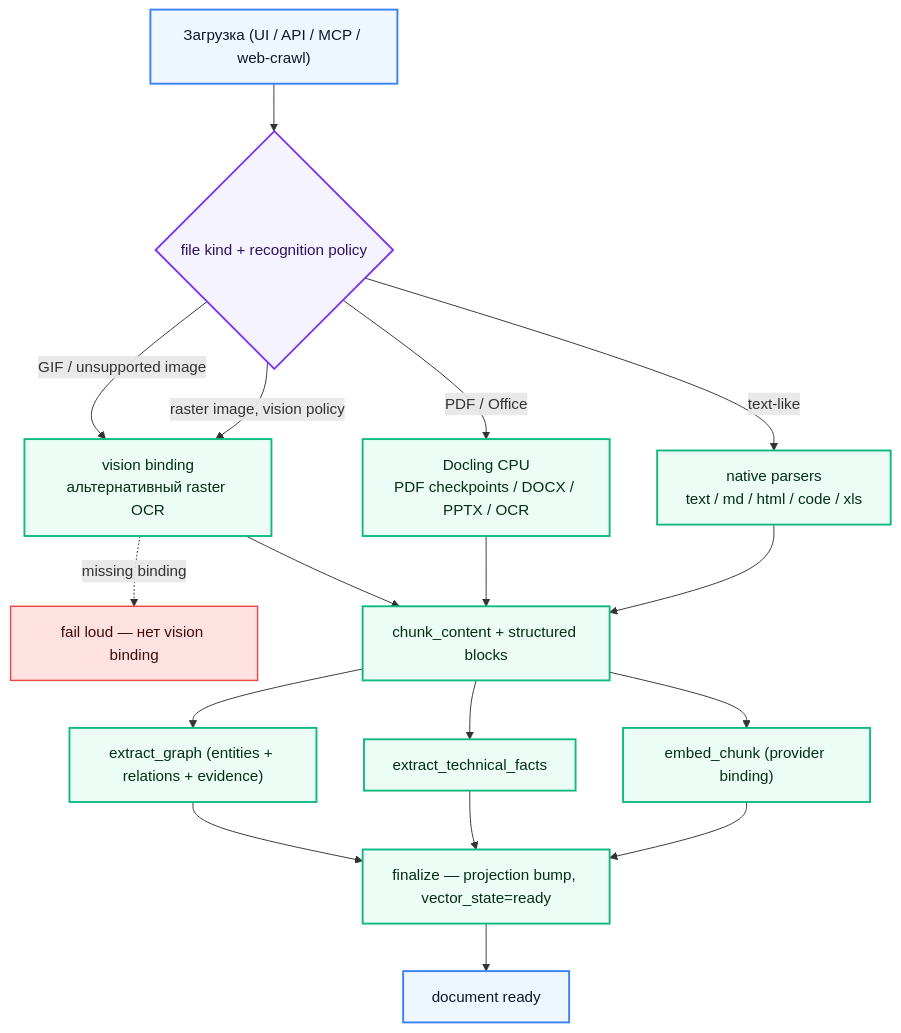
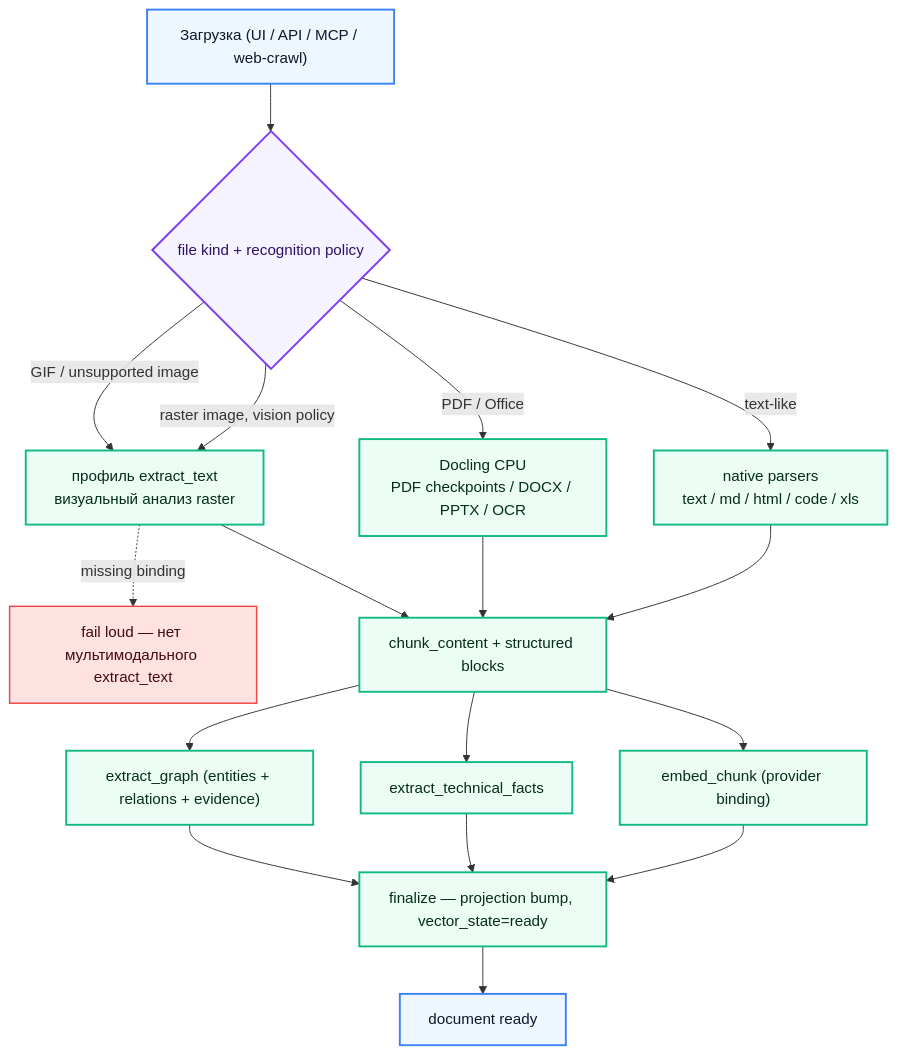
One commit to mlimarenko/IronRAG changed the first of 2 diagrams in docs/ru/README.md. Above: the diagram before and after it, drawn with Mermaid. The commit also changed other lines of this file and 897 other files, not shown here.

````diff
--- a/docs/ru/README.md
+++ b/docs/ru/README.md
@@ -26,37 +26,37 @@
 ```mermaid
 flowchart TD
   classDef entry fill:#eef6ff,stroke:#3b82f6,stroke-width:2px,color:#0f172a
   classDef worker fill:#ecfdf5,stroke:#10b981,stroke-width:2px,color:#052e16
   classDef decision fill:#f5f3ff,stroke:#7c3aed,stroke-width:2px,color:#2e1065
   classDef fail fill:#fee2e2,stroke:#ef4444,stroke-width:1.5px,color:#450a0a
 
   Upload["Загрузка (UI / API / MCP / web-crawl)"]:::entry
   Detect{"file kind + recognition policy"}:::decision
   Native["native parsers<br/>text / md / html / code / xls"]:::worker
   Docling["Docling CPU<br/>PDF checkpoints / DOCX / PPTX / OCR"]:::worker
-  Vision["vision binding<br/>альтернативный raster OCR"]:::worker
-  MissingVision["fail loud — нет vision binding"]:::fail
+  Vision["профиль extract_text<br/>визуальный анализ raster"]:::worker
+  MissingVision["fail loud — нет мультимодального extract_text"]:::fail
   Chunk["chunk_content + structured blocks"]:::worker
   Embed["embed_chunk (provider binding)"]:::worker
   Facts["extract_technical_facts"]:::worker
   Graph["extract_graph (entities + relations + evidence)"]:::worker
   Final["finalize — projection bump, vector_state=ready"]:::worker
   Ready["document ready"]:::entry
 
   Upload --> Detect
   Detect -->|text-like| Native
   Detect -->|PDF / Office| Docling
   Detect -->|raster image, vision policy| Vision
   Detect -->|GIF / unsupported image| Vision
   Vision -. missing binding .-> MissingVision
   Native --> Chunk
   Docling --> Chunk
   Vision --> Chunk
   Chunk --> Embed
   Chunk --> Facts
   Chunk --> Graph
   Embed --> Final
   Facts --> Final
   Graph --> Final
   Final --> Ready
 ```
````
